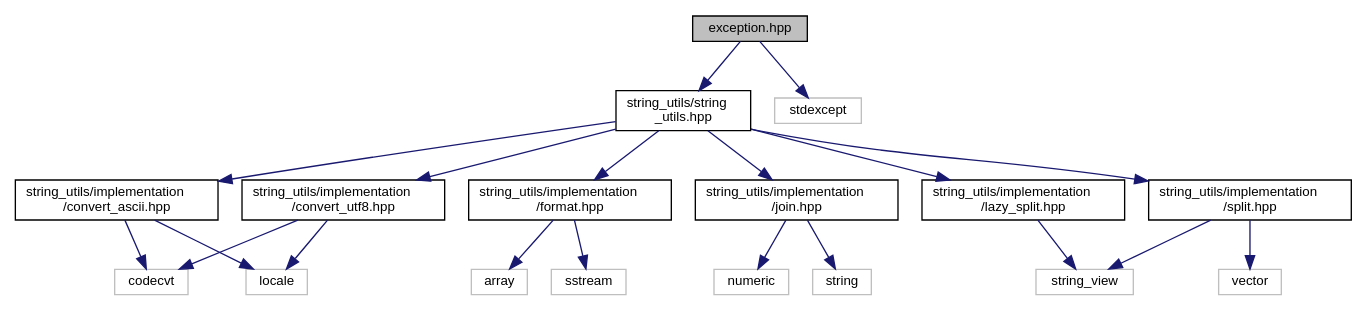
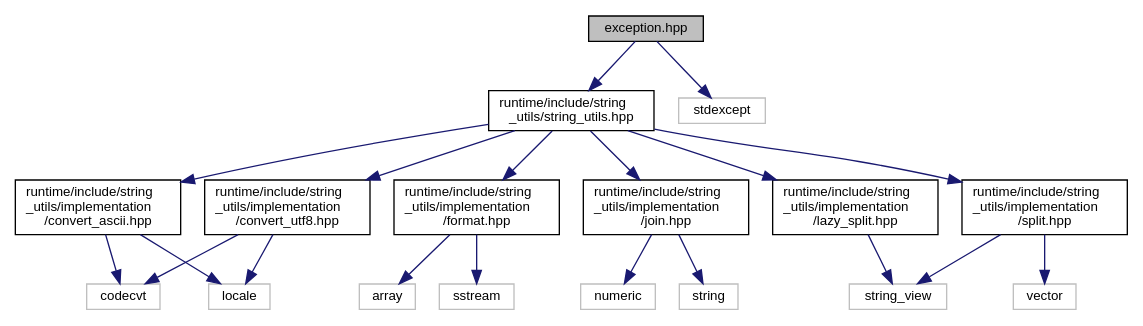
One commit to edgjj/cpp_vk_lib changed the diagram in docs/exception_8hpp__incl.dot. Above: the diagram before and after it, drawn with Graphviz. The commit also changed 750 other files, not shown here.

```diff
--- a/docs/exception_8hpp__incl.dot
+++ b/docs/exception_8hpp__incl.dot
@@ -1,42 +1,42 @@
 digraph "exception.hpp"
 {
  // LATEX_PDF_SIZE
   edge [fontname="Helvetica",fontsize="10",labelfontname="Helvetica",labelfontsize="10"];
   node [fontname="Helvetica",fontsize="10",shape=record];
   Node1 [label="exception.hpp",height=0.2,width=0.4,color="black", fillcolor="grey75", style="filled", fontcolor="black",tooltip=" "];
   Node1 -> Node2 [color="midnightblue",fontsize="10",style="solid",fontname="Helvetica"];
-  Node2 [label="string_utils/string\l_utils.hpp",height=0.2,width=0.4,color="black", fillcolor="white", style="filled",URL="$string__utils_8hpp.html",tooltip=" "];
+  Node2 [label="runtime/include/string\l_utils/string_utils.hpp",height=0.2,width=0.4,color="black", fillcolor="white", style="filled",URL="$string__utils_8hpp.html",tooltip=" "];
   Node2 -> Node3 [color="midnightblue",fontsize="10",style="solid",fontname="Helvetica"];
-  Node3 [label="string_utils/implementation\l/convert_ascii.hpp",height=0.2,width=0.4,color="black", fillcolor="white", style="filled",URL="$convert__ascii_8hpp.html",tooltip=" "];
+  Node3 [label="runtime/include/string\l_utils/implementation\l/convert_ascii.hpp",height=0.2,width=0.4,color="black", fillcolor="white", style="filled",URL="$convert__ascii_8hpp.html",tooltip=" "];
   Node3 -> Node4 [color="midnightblue",fontsize="10",style="solid",fontname="Helvetica"];
   Node4 [label="codecvt",height=0.2,width=0.4,color="grey75", fillcolor="white", style="filled",tooltip=" "];
   Node3 -> Node5 [color="midnightblue",fontsize="10",style="solid",fontname="Helvetica"];
   Node5 [label="locale",height=0.2,width=0.4,color="grey75", fillcolor="white", style="filled",tooltip=" "];
   Node2 -> Node6 [color="midnightblue",fontsize="10",style="solid",fontname="Helvetica"];
-  Node6 [label="string_utils/implementation\l/convert_utf8.hpp",height=0.2,width=0.4,color="black", fillcolor="white", style="filled",URL="$convert__utf8_8hpp.html",tooltip=" "];
+  Node6 [label="runtime/include/string\l_utils/implementation\l/convert_utf8.hpp",height=0.2,width=0.4,color="black", fillcolor="white", style="filled",URL="$convert__utf8_8hpp.html",tooltip=" "];
   Node6 -> Node4 [color="midnightblue",fontsize="10",style="solid",fontname="Helvetica"];
   Node6 -> Node5 [color="midnightblue",fontsize="10",style="solid",fontname="Helvetica"];
   Node2 -> Node7 [color="midnightblue",fontsize="10",style="solid",fontname="Helvetica"];
-  Node7 [label="string_utils/implementation\l/format.hpp",height=0.2,width=0.4,color="black", fillcolor="white", style="filled",URL="$format_8hpp.html",tooltip=" "];
+  Node7 [label="runtime/include/string\l_utils/implementation\l/format.hpp",height=0.2,width=0.4,color="black", fillcolor="white", style="filled",URL="$format_8hpp.html",tooltip=" "];
   Node7 -> Node8 [color="midnightblue",fontsize="10",style="solid",fontname="Helvetica"];
   Node8 [label="array",height=0.2,width=0.4,color="grey75", fillcolor="white", style="filled",tooltip=" "];
   Node7 -> Node9 [color="midnightblue",fontsize="10",style="solid",fontname="Helvetica"];
   Node9 [label="sstream",height=0.2,width=0.4,color="grey75", fillcolor="white", style="filled",tooltip=" "];
   Node2 -> Node10 [color="midnightblue",fontsize="10",style="solid",fontname="Helvetica"];
-  Node10 [label="string_utils/implementation\l/join.hpp",height=0.2,width=0.4,color="black", fillcolor="white", style="filled",URL="$join_8hpp.html",tooltip=" "];
+  Node10 [label="runtime/include/string\l_utils/implementation\l/join.hpp",height=0.2,width=0.4,color="black", fillcolor="white", style="filled",URL="$join_8hpp.html",tooltip=" "];
   Node10 -> Node11 [color="midnightblue",fontsize="10",style="solid",fontname="Helvetica"];
   Node11 [label="numeric",height=0.2,width=0.4,color="grey75", fillcolor="white", style="filled",tooltip=" "];
   Node10 -> Node12 [color="midnightblue",fontsize="10",style="solid",fontname="Helvetica"];
   Node12 [label="string",height=0.2,width=0.4,color="grey75", fillcolor="white", style="filled",tooltip=" "];
   Node2 -> Node13 [color="midnightblue",fontsize="10",style="solid",fontname="Helvetica"];
-  Node13 [label="string_utils/implementation\l/lazy_split.hpp",height=0.2,width=0.4,color="black", fillcolor="white", style="filled",URL="$lazy__split_8hpp.html",tooltip=" "];
+  Node13 [label="runtime/include/string\l_utils/implementation\l/lazy_split.hpp",height=0.2,width=0.4,color="black", fillcolor="white", style="filled",URL="$lazy__split_8hpp.html",tooltip=" "];
   Node13 -> Node14 [color="midnightblue",fontsize="10",style="solid",fontname="Helvetica"];
   Node14 [label="string_view",height=0.2,width=0.4,color="grey75", fillcolor="white", style="filled",tooltip=" "];
   Node2 -> Node15 [color="midnightblue",fontsize="10",style="solid",fontname="Helvetica"];
-  Node15 [label="string_utils/implementation\l/split.hpp",height=0.2,width=0.4,color="black", fillcolor="white", style="filled",URL="$split_8hpp.html",tooltip=" "];
+  Node15 [label="runtime/include/string\l_utils/implementation\l/split.hpp",height=0.2,width=0.4,color="black", fillcolor="white", style="filled",URL="$split_8hpp.html",tooltip=" "];
   Node15 -> Node14 [color="midnightblue",fontsize="10",style="solid",fontname="Helvetica"];
   Node15 -> Node16 [color="midnightblue",fontsize="10",style="solid",fontname="Helvetica"];
   Node16 [label="vector",height=0.2,width=0.4,color="grey75", fillcolor="white", style="filled",tooltip=" "];
   Node1 -> Node17 [color="midnightblue",fontsize="10",style="solid",fontname="Helvetica"];
   Node17 [label="stdexcept",height=0.2,width=0.4,color="grey75", fillcolor="white", style="filled",tooltip=" "];
 }
```
